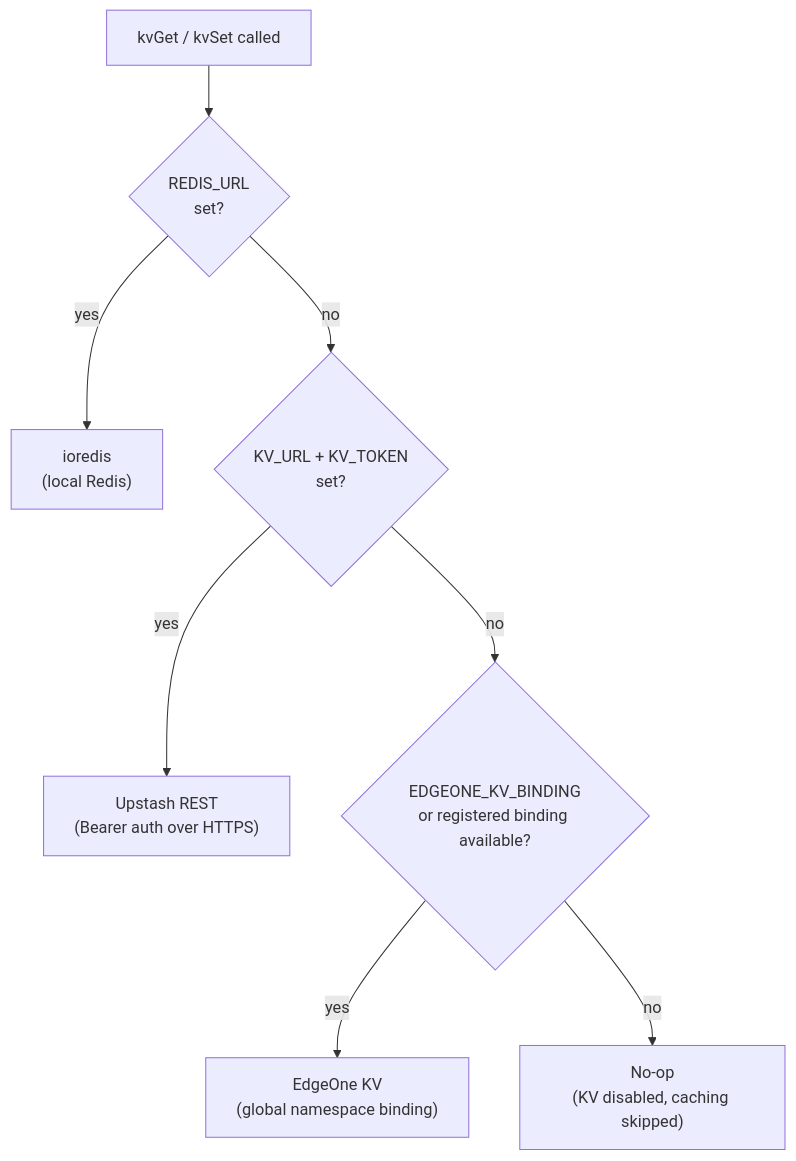
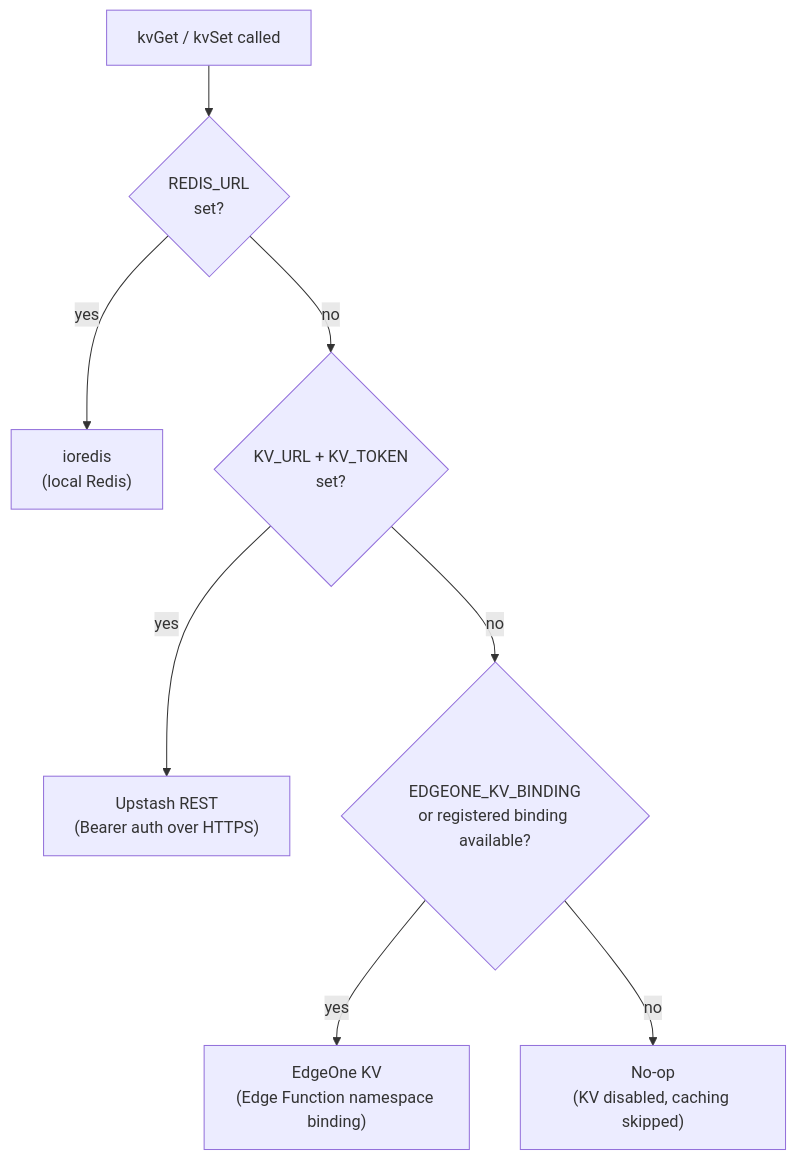
One commit to lqdflying/cursorProxy changed the first of 7 diagrams in doc/kv-caching.md. Above: the diagram before and after it, drawn with Mermaid. The commit also changed 16 other files, not shown here.

Commit message:
Fix EdgeOne Pages KV binding runtime

````diff
--- a/doc/kv-caching.md
+++ b/doc/kv-caching.md
@@ -8,19 +8,19 @@
 ```mermaid
 flowchart TD
     START["kvGet / kvSet called"]
     RD["ioredis\n(local Redis)"]
     E1{"REDIS_URL\nset?"}
     UP["Upstash REST\n(Bearer auth over HTTPS)"]
     E2{"KV_URL + KV_TOKEN\nset?"}
-    EO["EdgeOne KV\n(global namespace binding)"]
+    EO["EdgeOne KV\n(Edge Function namespace binding)"]
     E3{"EDGEONE_KV_BINDING\nor registered binding available?"}
     NOP["No-op\n(KV disabled, caching skipped)"]
 
     START --> E1
     E1 -->|yes| RD
     E1 -->|no| E2
     E2 -->|yes| UP
     E2 -->|no| E3
     E3 -->|yes| EO
     E3 -->|no| NOP
 ```
````
